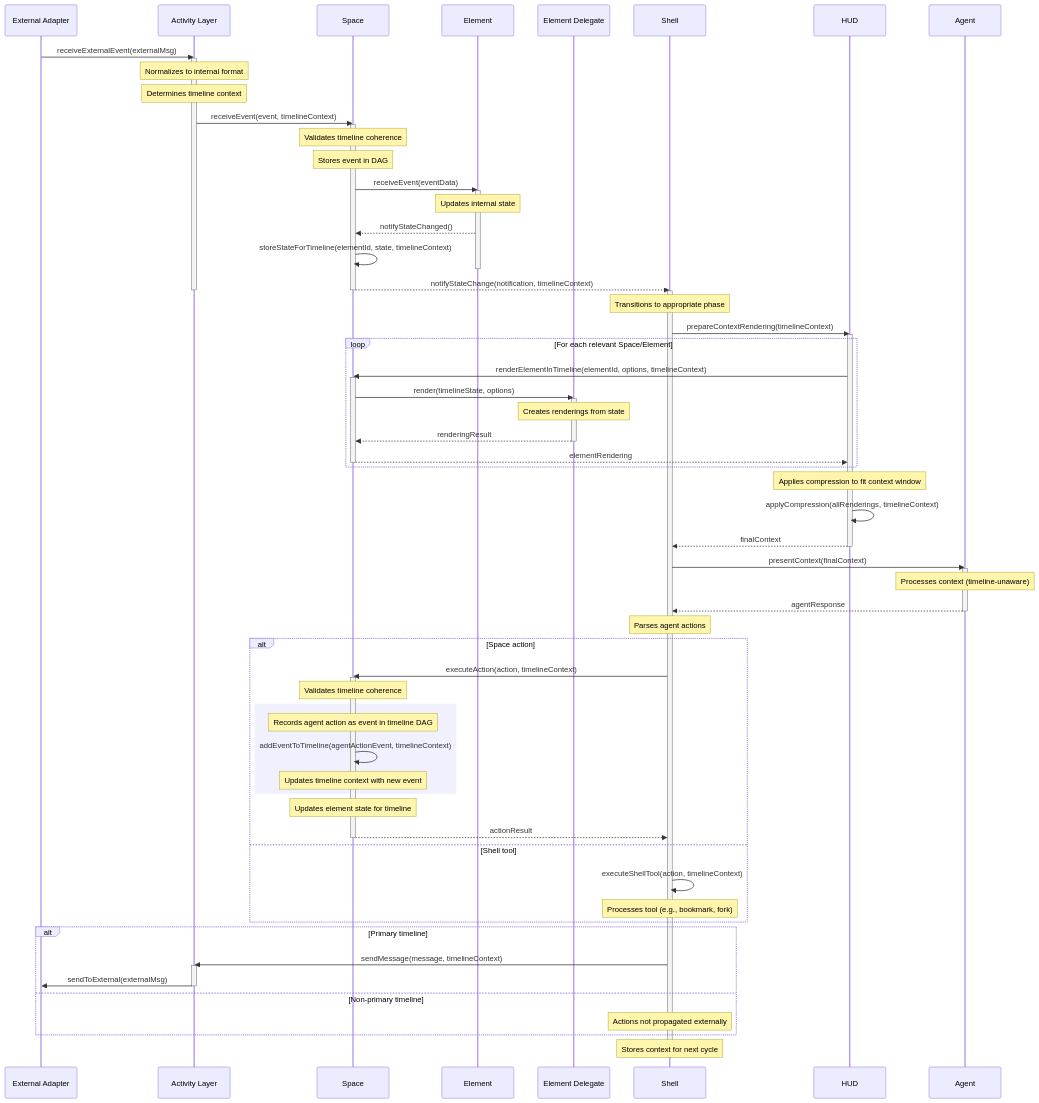
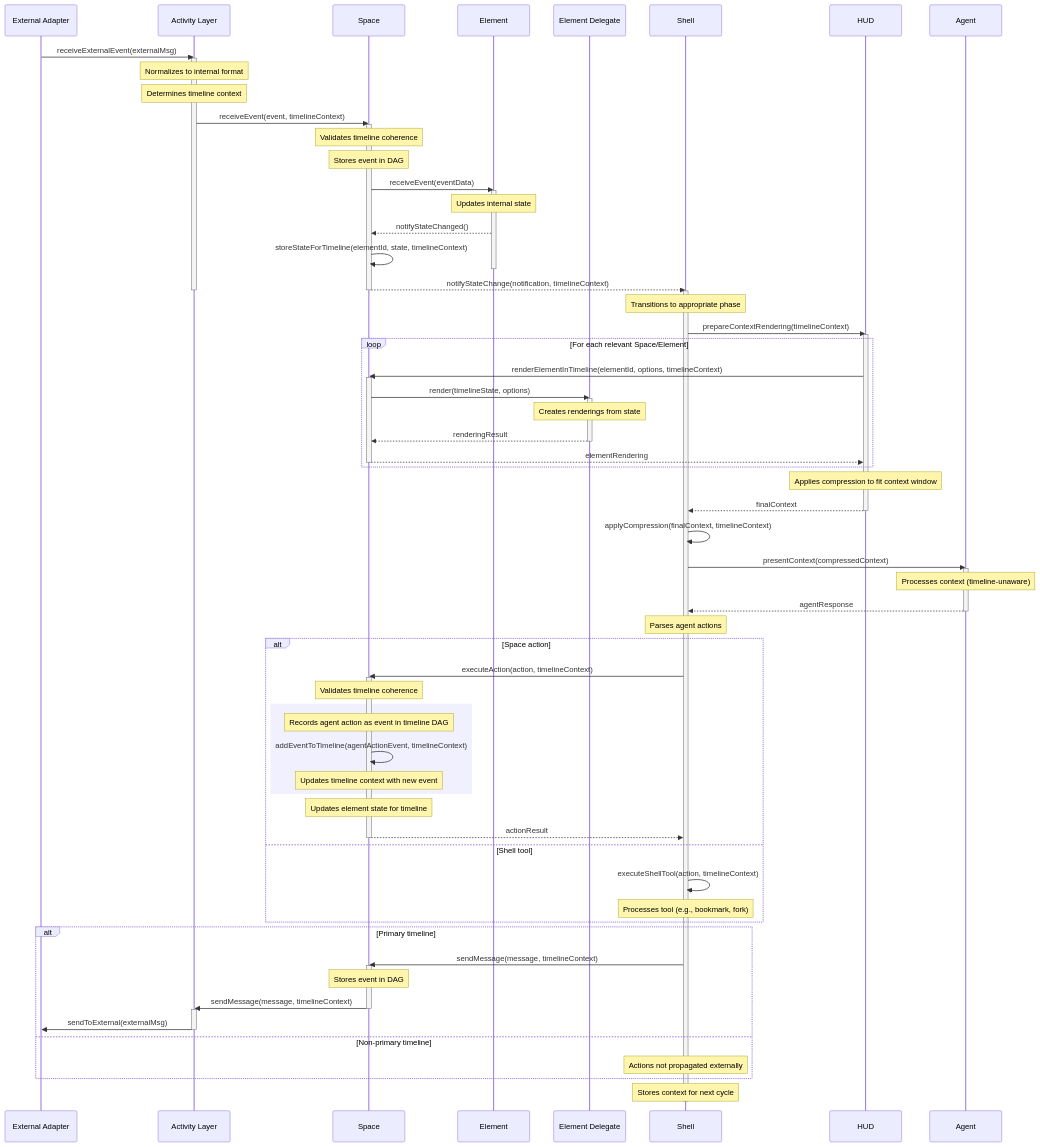
One commit to antra-tess/llmframe changed the first of 5 diagrams in components.md. Above: the diagram before and after it, drawn with Mermaid.

Commit message:
Fixed mermaid diagram

```diff
--- a/components.md
+++ b/components.md
@@ -87,12 +87,12 @@
     
     %% Compression
     Note over HUD: Applies compression to fit context window
-    HUD->>HUD: applyCompression(allRenderings, timelineContext)
     HUD-->>Shell: finalContext
     deactivate HUD
-    
+
+    Shell->>Shell: applyCompression(finalContext, timelineContext)
     %% Agent processing
-    Shell->>Agent: presentContext(finalContext)
+    Shell->>Agent: presentContext(compressedContext)
     activate Agent
     Note over Agent: Processes context (timeline-unaware)
     Agent-->>Shell: agentResponse
@@ -124,7 +124,11 @@
     
     %% External propagation
     alt Primary timeline
-        Shell->>AL: sendMessage(message, timelineContext)
+        Shell->>Space: sendMessage(message, timelineContext)
+        activate Space
+        Note over Space: Stores event in DAG
+        Space->>AL: sendMessage(message, timelineContext)
+        deactivate Space
         activate AL
         AL->>EA: sendToExternal(externalMsg)
         deactivate AL
```
